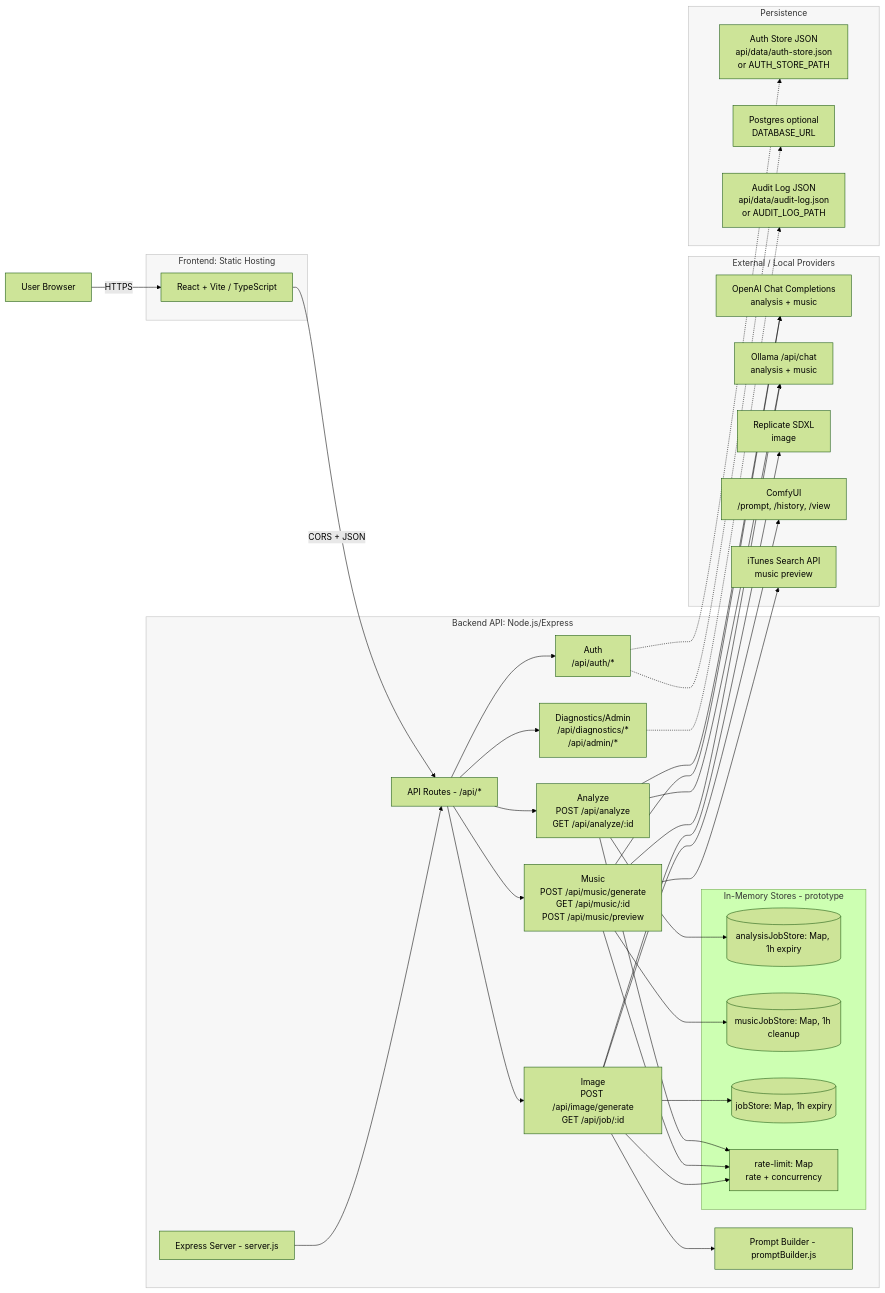
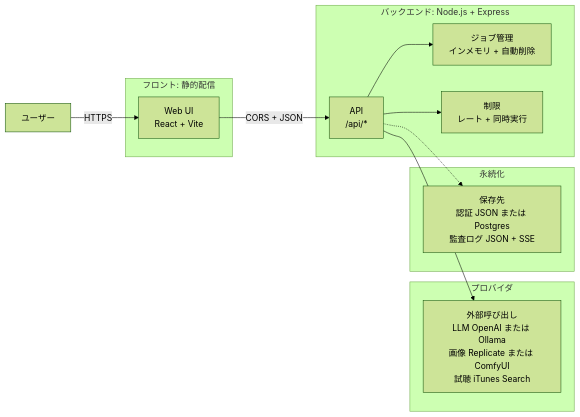
Before and after one commit to AKITO-AKI/AIRIA-BEYOND: the first of 2 diagrams in docs/SYSTEM_ARCHITECTURE.md, drawn with Mermaid (forest theme). The commit also changed other lines of this file, not shown here.

Commit message:
feat: update system architecture diagram for improved clarity and detail

`````diff
--- a/docs/SYSTEM_ARCHITECTURE.md
+++ b/docs/SYSTEM_ARCHITECTURE.md
@@ -9,62 +9,29 @@
 ```mermaid
 flowchart LR
-  user[User Browser]
-  subgraph FE[Frontend: Static Hosting]
-    fe[React + Vite / TypeScript]
+  U[ユーザー]
+
+  subgraph FE[フロント: 静的配信]
+    FE1[Web UI<br/>React + Vite]
   end
-  subgraph API[Backend API: Node.js/Express]
-    api[Express Server - server.js]
-    routes[API Routes - /api/*]
-    analyze["Analyze<br/>POST /api/analyze<br/>GET /api/analyze/:id"]
-    music["Music<br/>POST /api/music/generate<br/>GET /api/music/:id<br/>POST /api/music/preview"]
-    image["Image<br/>POST /api/image/generate<br/>GET /api/job/:id"]
-    auth["Auth<br/>/api/auth/*"]
-    diag["Diagnostics/Admin<br/>/api/diagnostics/*<br/>/api/admin/*"]
-    subgraph Stores[In-Memory Stores - prototype]
-      analysisStore[(analysisJobStore: Map, 1h expiry)]
-      musicStore[(musicJobStore: Map, 1h cleanup)]
-      imageStore[(jobStore: Map, 1h expiry)]
-      limiter["rate-limit: Map<br/>rate + concurrency"]
-    end
-    prompt[Prompt Builder - promptBuilder.js]
+
+  subgraph API[バックエンド: Node.js + Express]
+    API1[API<br/>/api/*]
+    JOB[ジョブ管理<br/>インメモリ + 自動削除]
+    RL[制限<br/>レート + 同時実行]
   end
-  subgraph Providers[External / Local Providers]
-    openai["OpenAI Chat Completions<br/>analysis + music"]
-    ollama["Ollama /api/chat<br/>analysis + music"]
-    replicate["Replicate SDXL<br/>image"]
-    comfy["ComfyUI<br/>/prompt, /history, /view"]
-    itunes["iTunes Search API<br/>music preview"]
+
+  subgraph PR[プロバイダ]
+    P[外部呼び出し<br/>LLM OpenAI または Ollama<br/>画像 Replicate または ComfyUI<br/>試聴 iTunes Search]
   end
-  subgraph Data[Persistence]
-    authFile["Auth Store JSON<br/>api/data/auth-store.json<br/>or AUTH_STORE_PATH"]
-    authDb["Postgres optional<br/>DATABASE_URL"]
-    audit["Audit Log JSON<br/>api/data/audit-log.json<br/>or AUDIT_LOG_PATH"]
+
+  subgraph DATA[永続化]
+    D[保存先<br/>認証 JSON または Postgres<br/>監査ログ JSON + SSE]
   end
-  user -->|HTTPS| fe
-  fe -->|CORS + JSON| routes
-  api --> routes
-  routes --> analyze
-  routes --> music
-  routes --> image
-  routes --> auth
-  routes --> diag
-  analyze --> analysisStore
-  music --> musicStore
-  image --> imageStore
-  analyze --> limiter
-  music --> limiter
-  image --> limiter
-  image --> prompt
-  analyze --> openai
-  analyze --> ollama
-  music --> openai
-  music --> ollama
-  image --> replicate
-  image --> comfy
-  music --> itunes
-  auth -.-> authFile
-  auth -.-> authDb
-  diag -.-> audit
-  classDef dim fill:#f7f7f7,stroke:#bbb,color:#333;
-  class FE,API,Providers,Data dim;
-````
+
+  U -->|HTTPS| FE1
+  FE1 -->|CORS + JSON| API1
+  API1 --> JOB
+  API1 --> RL
+  API1 --> P
+  API1 -.-> D
+```
`````
